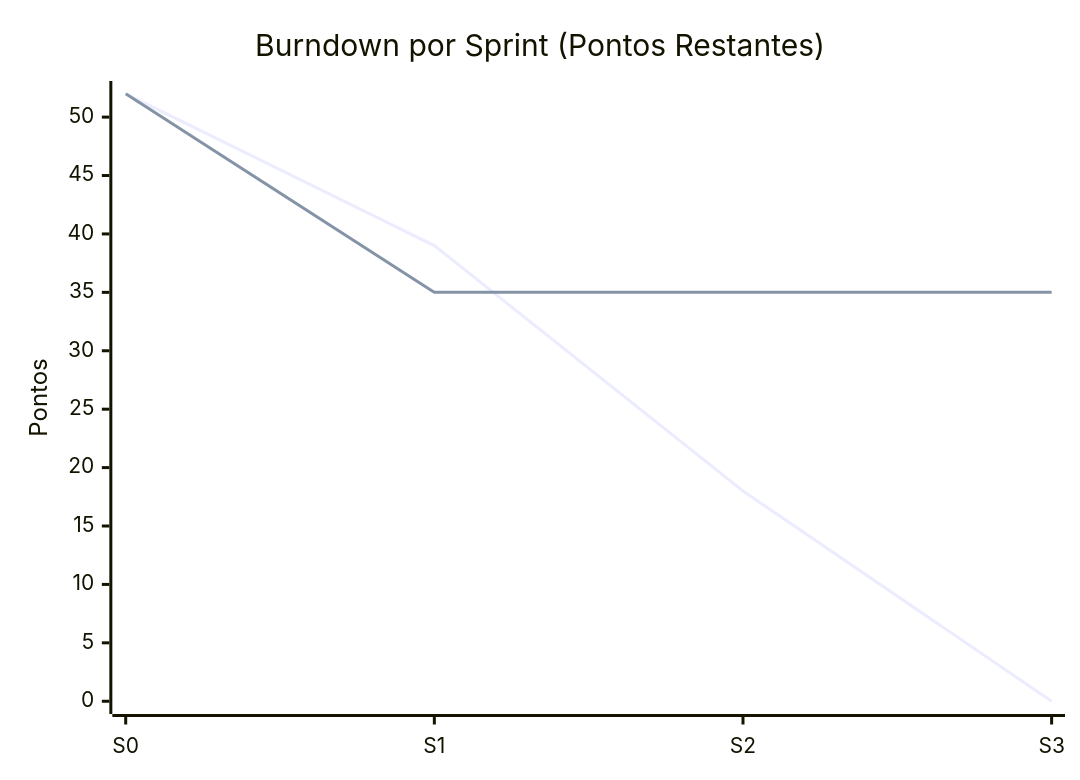
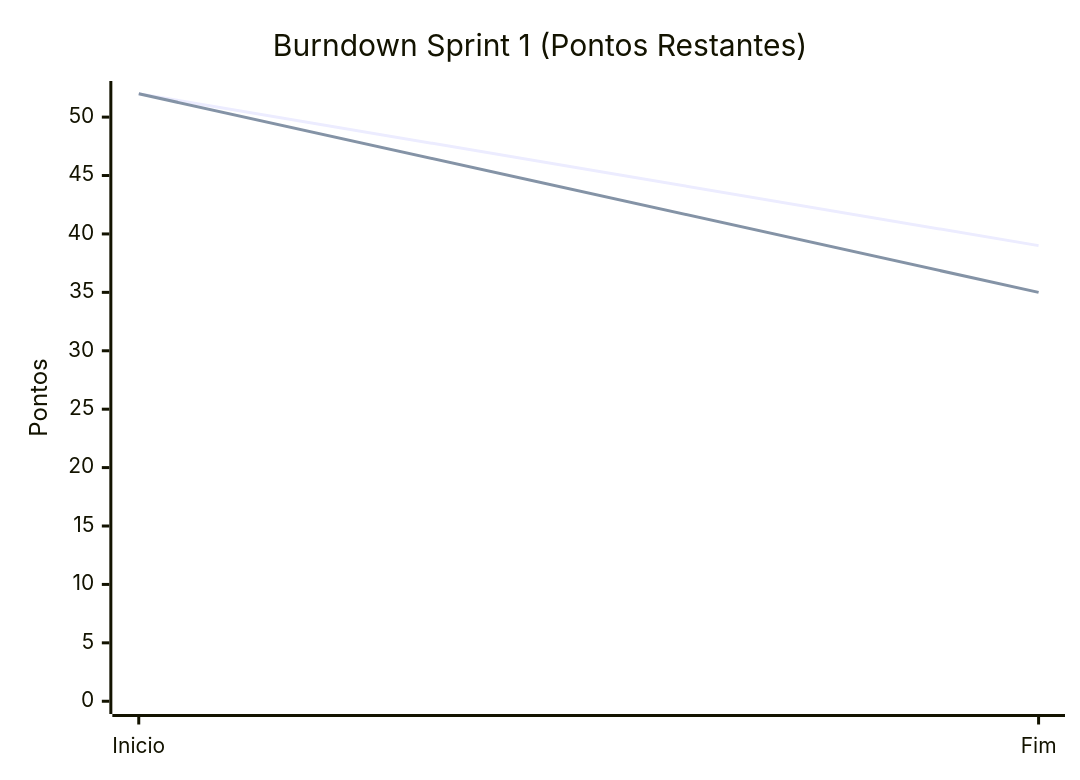
Before and after one commit to candago-6/documentacao: the first of 3 diagrams in README.md, drawn with Mermaid. The commit also changed other lines of this file, not shown here.

````diff
--- a/README.md
+++ b/README.md
@@ -572,8 +140,8 @@
 ```mermaid
 xychart-beta
-	title "Burndown por Sprint (Pontos Restantes)"
-	x-axis [S0, S1, S2, S3]
+	title "Burndown Sprint 1 (Pontos Restantes)"
+	x-axis [Inicio, Fim]
 	y-axis "Pontos" 0 --> 52
-	line "planejado" [52, 39, 18, 0]
-	line "real" [52, 35, 35, 35]
+	line "planejado" [52, 39]
+	line "real" [52, 35]
 ```
````
